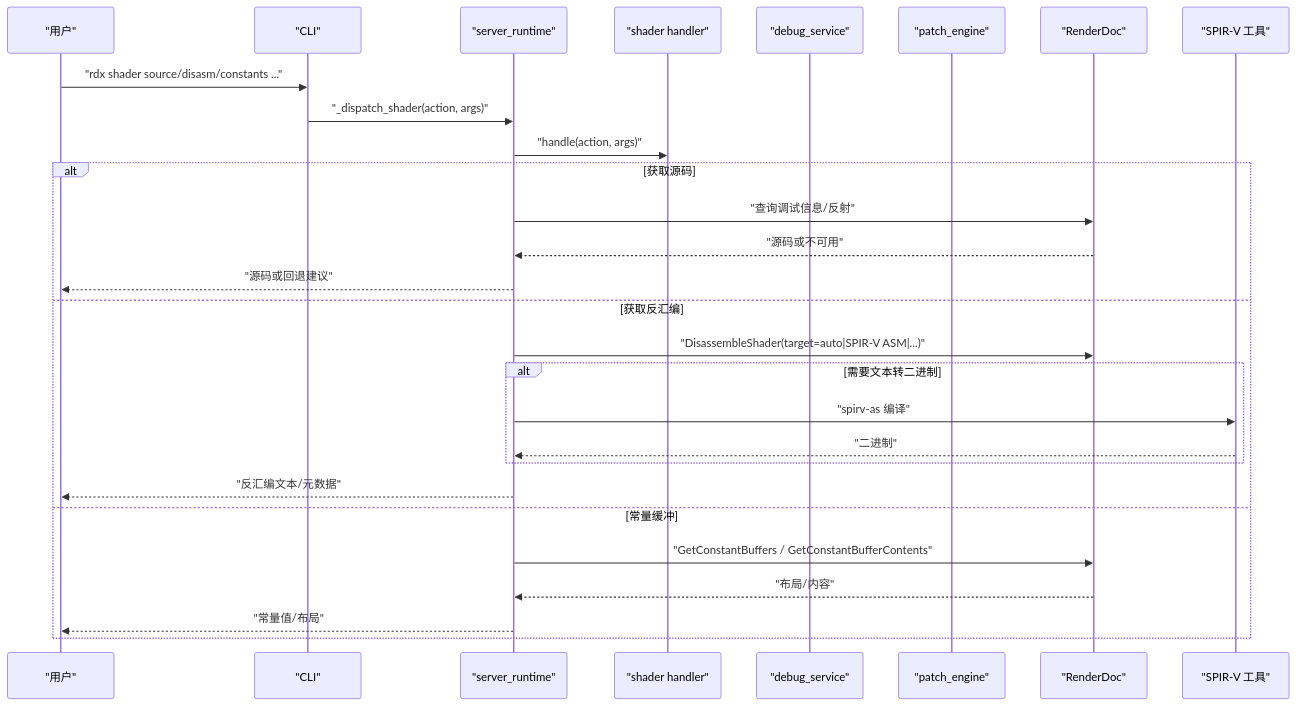
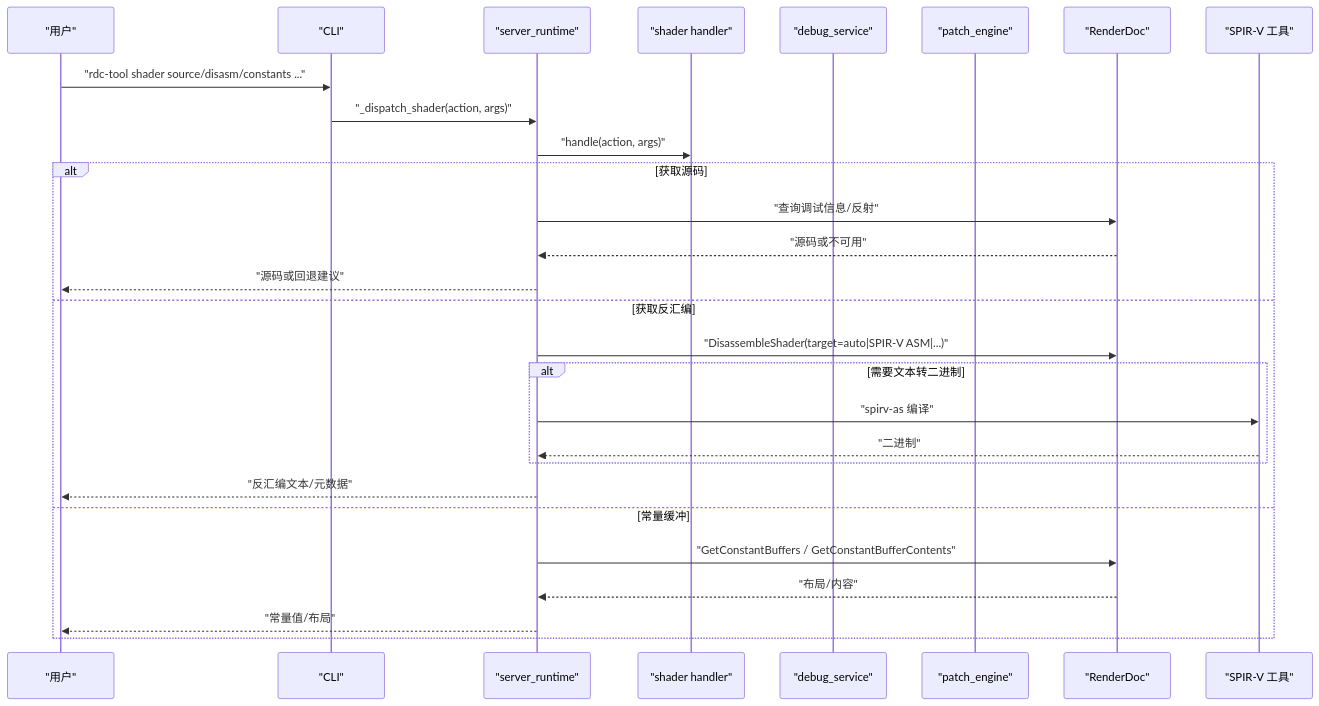
The second of 8 diagrams in .qoder/repowiki/zh/content/CLI参考手册/着色器调试命令.md (haolange/RDC-Tool), drawn with Mermaid before and after one commit. The commit also changed other lines of this file and 388 other files, not shown here.

First line of the commit message:
Release RDC-Tool identity and public maintenance surface

````diff
--- a/.qoder/repowiki/zh/content/CLI参考手册/着色器调试命令.md
+++ b/.qoder/repowiki/zh/content/CLI参考手册/着色器调试命令.md
@@ -75,30 +75,30 @@
 ```mermaid
 sequenceDiagram
 participant U as "用户"
 participant CLI as "CLI"
 participant SR as "server_runtime"
 participant SH as "shader handler"
 participant DS as "debug_service"
 participant PE as "patch_engine"
 participant RD as "RenderDoc"
 participant SV as "SPIR-V 工具"
-U->>CLI : "rdx shader source/disasm/constants ..."
+U->>CLI : "rdc-tool shader source/disasm/constants ..."
 CLI->>SR : "_dispatch_shader(action, args)"
 SR->>SH : "handle(action, args)"
 alt 获取源码
 SR->>RD : "查询调试信息/反射"
 RD-->>SR : "源码或不可用"
 SR-->>U : "源码或回退建议"
 else 获取反汇编
 SR->>RD : "DisassembleShader(target=auto|SPIR-V ASM|...)"
 alt 需要文本转二进制
 SR->>SV : "spirv-as 编译"
 SV-->>SR : "二进制"
 end
 SR-->>U : "反汇编文本/元数据"
 else 常量缓冲
 SR->>RD : "GetConstantBuffers / GetConstantBufferContents"
 RD-->>SR : "布局/内容"
 SR-->>U : "常量值/布局"
 end
 ```
````
